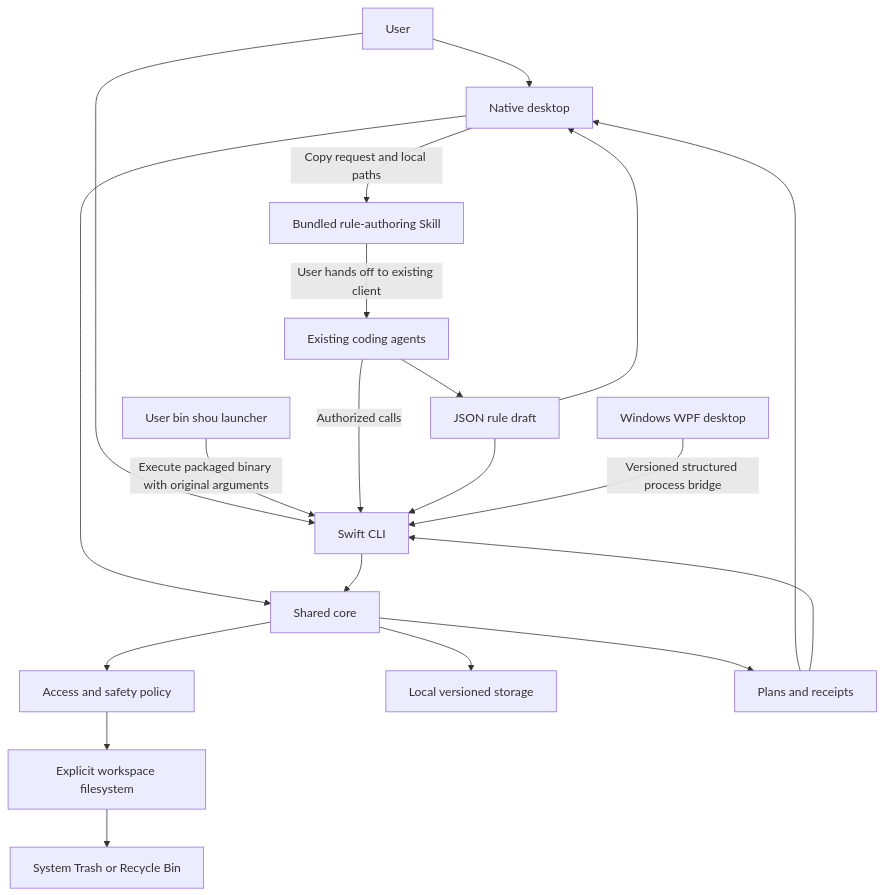
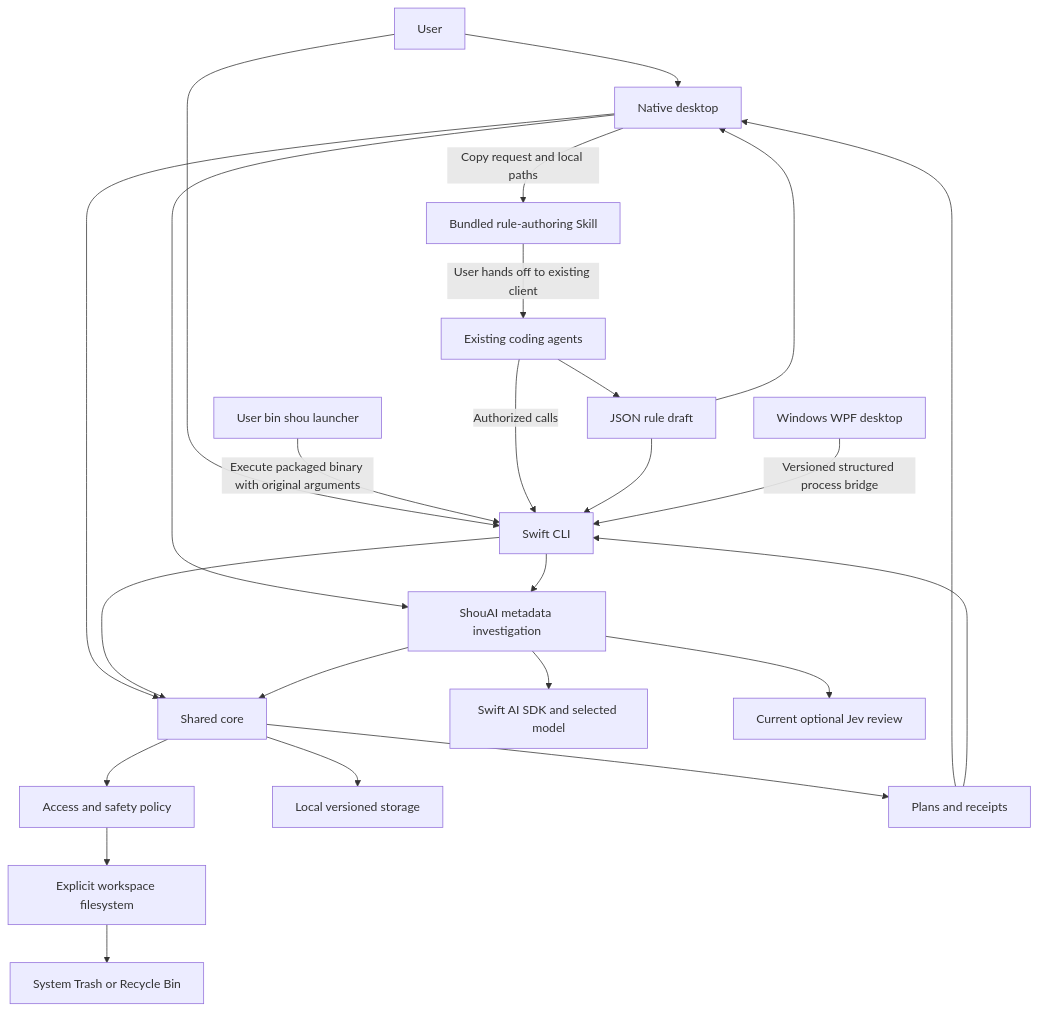
The first of 8 diagrams in docs/architecture/system-design.md (limecloud/shou), drawn with Mermaid before and after one commit. The commit also changed other lines of this file and 205 other files, not shown here.

````diff
--- a/docs/architecture/system-design.md
+++ b/docs/architecture/system-design.md
@@ -19,22 +19,27 @@
 ```mermaid
 flowchart TB
     User[User] --> GUI[Native desktop]
     User --> CLI[Swift CLI]
     Terminal[User bin shou launcher] -->|Execute packaged binary with original arguments| CLI
     GUI -->|Copy request and local paths| Skill[Bundled rule-authoring Skill]
     Skill -->|User hands off to existing client| Agents
     Agents[Existing coding agents] -->|Authorized calls| CLI
     Agents --> Draft[JSON rule draft]
     Draft --> GUI
     Draft --> CLI
     GUI --> Core[Shared core]
     CLI --> Core
+    GUI --> AI[ShouAI metadata investigation]
+    CLI --> AI
+    AI --> Core
+    AI --> SDK[Swift AI SDK and selected model]
+    AI --> Jev[Current optional Jev review]
     Windows[Windows WPF desktop] -->|Versioned structured process bridge| CLI
     Core --> Policy[Access and safety policy]
     Core --> Store[Local versioned storage]
     Policy --> FS[Explicit workspace filesystem]
     FS --> Trash[System Trash or Recycle Bin]
     Core --> Results[Plans and receipts]
     Results --> GUI
     Results --> CLI
 ```
````
